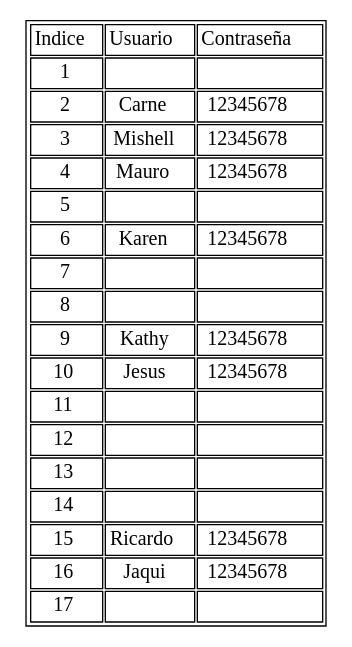
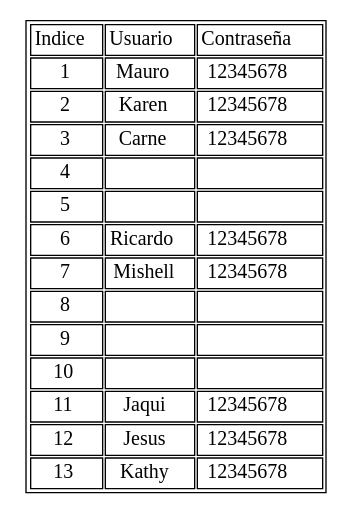
The diagram in HashTable.dot (fraced97/EDD_2S2019_PY2_201700350), drawn with Graphviz before and after one commit. The commit also changed 4 other files, not shown here.

```diff
--- a/HashTable.dot
+++ b/HashTable.dot
@@ -1,200 +1,156 @@
 digraph test {
     graph [ratio=fill];
     node [label="\N", fontsize=15, shape=plaintext];
     arset [label=<
         <TABLE ALIGN="LEFT">
             <TR>
                 <TD>Indice</TD>
                 <TD>Usuario</TD>
 	      <TD>Contraseña</TD>
             </TR>
 <TR>
 <TD>
 1
 </TD>
 <TD>
-
+Mauro
 </TD>
 <TD>
-
+12345678
 </TD>
 </TR>
 <TR>
 <TD>
 2
+</TD>
+<TD>
+Karen
+</TD>
+<TD>
+12345678
+</TD>
+</TR>
+<TR>
+<TD>
+3
 </TD>
 <TD>
 Carne
 </TD>
 <TD>
 12345678
 </TD>
 </TR>
 <TR>
 <TD>
-3
-</TD>
-<TD>
-Mishell
-</TD>
-<TD>
-12345678
-</TD>
-</TR>
-<TR>
-<TD>
 4
 </TD>
 <TD>
-Mauro
+
 </TD>
 <TD>
-12345678
+
 </TD>
 </TR>
 <TR>
 <TD>
 5
 </TD>
 <TD>
 
 </TD>
 <TD>
 
 </TD>
 </TR>
 <TR>
 <TD>
 6
 </TD>
 <TD>
-Karen
+Ricardo
 </TD>
 <TD>
 12345678
 </TD>
 </TR>
 <TR>
 <TD>
 7
 </TD>
 <TD>
-
+Mishell
 </TD>
 <TD>
-
+12345678
 </TD>
 </TR>
 <TR>
 <TD>
 8
 </TD>
 <TD>
 
 </TD>
 <TD>
 
 </TD>
 </TR>
 <TR>
 <TD>
 9
 </TD>
 <TD>
-Kathy
+
+</TD>
+<TD>
+
+</TD>
+</TR>
+<TR>
+<TD>
+10
+</TD>
+<TD>
+
+</TD>
+<TD>
+
+</TD>
+</TR>
+<TR>
+<TD>
+11
+</TD>
+<TD>
+Jaqui
 </TD>
 <TD>
 12345678
 </TD>
 </TR>
 <TR>
 <TD>
-10
+12
 </TD>
 <TD>
 Jesus
 </TD>
 <TD>
 12345678
 </TD>
 </TR>
 <TR>
 <TD>
-11
-</TD>
-<TD>
-
-</TD>
-<TD>
-
-</TD>
-</TR>
-<TR>
-<TD>
-12
-</TD>
-<TD>
-
-</TD>
-<TD>
-
-</TD>
-</TR>
-<TR>
-<TD>
 13
 </TD>
 <TD>
-
-</TD>
-<TD>
-
-</TD>
-</TR>
-<TR>
-<TD>
-14
-</TD>
-<TD>
-
-</TD>
-<TD>
-
-</TD>
-</TR>
-<TR>
-<TD>
-15
-</TD>
-<TD>
-Ricardo
+Kathy
 </TD>
 <TD>
 12345678
 </TD>
 </TR>
-<TR>
-<TD>
-16
-</TD>
-<TD>
-Jaqui
-</TD>
-<TD>
-12345678
-</TD>
-</TR>
-<TR>
-<TD>
-17
-</TD>
-<TD>
-
-</TD>
-<TD>
-
-</TD>
-</TR>
  </TABLE>
     >, ];
 }
```
